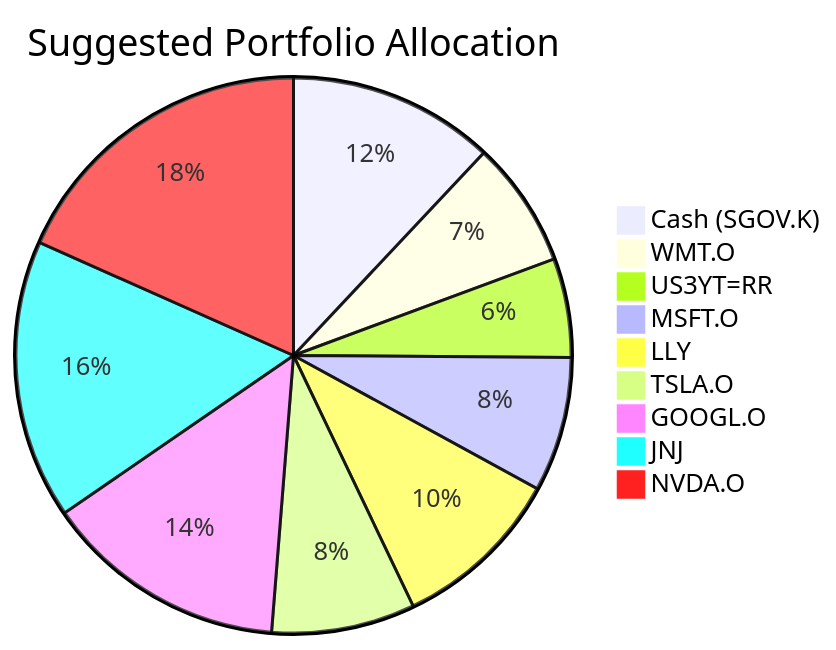
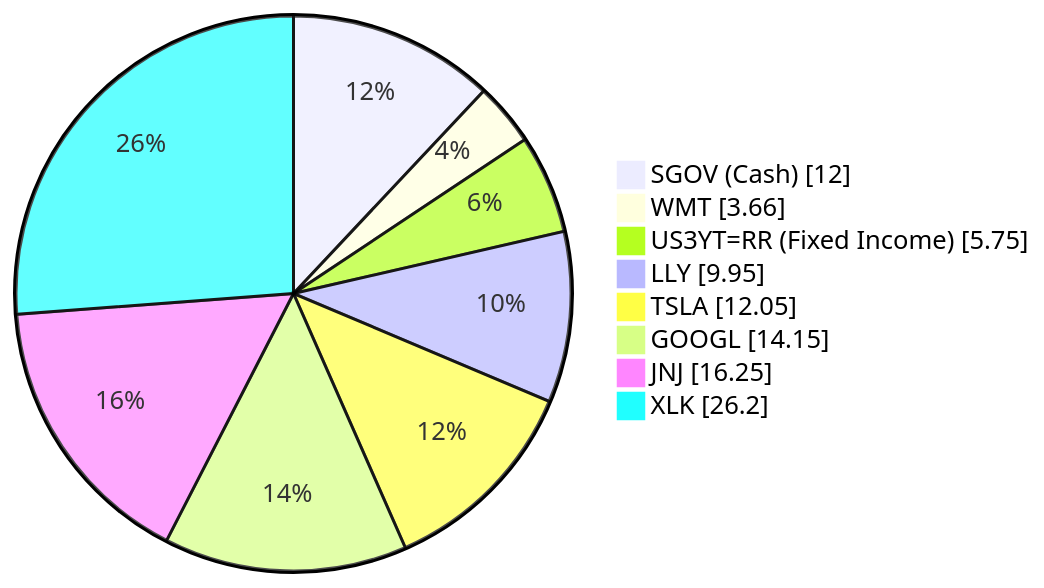
One commit to roger249/Bot-collaboration changed the second of 2 diagrams in docs/sample outputs/client_product_fit_analysis_5.md. Above: the diagram before and after it, drawn with Mermaid. The commit also changed other lines of this file and 16 other files, not shown here.

````diff
--- a/docs/sample outputs/client_product_fit_analysis_5.md
+++ b/docs/sample outputs/client_product_fit_analysis_5.md
@@ -53,12 +67,11 @@
 ```mermaid
-pie title Suggested Portfolio Allocation
-    "Cash (SGOV.K)" : 12
-    "WMT.O" : 7.36
-    "US3YT=RR" : 5.75
-    "MSFT.O" : 7.85
-    "LLY" : 9.95
-    "TSLA.O" : 8.35
-    "GOOGL.O" : 14.15
-    "JNJ" : 16.25
-    "NVDA.O" : 18.34
+pie showData
+"SGOV (Cash)" : 12.00
+"WMT" : 3.66
+"US3YT=RR (Fixed Income)" : 5.75
+"LLY" : 9.95
+"TSLA" : 12.05
+"GOOGL" : 14.15
+"JNJ" : 16.25
+"XLK" : 26.20
 ```
````
